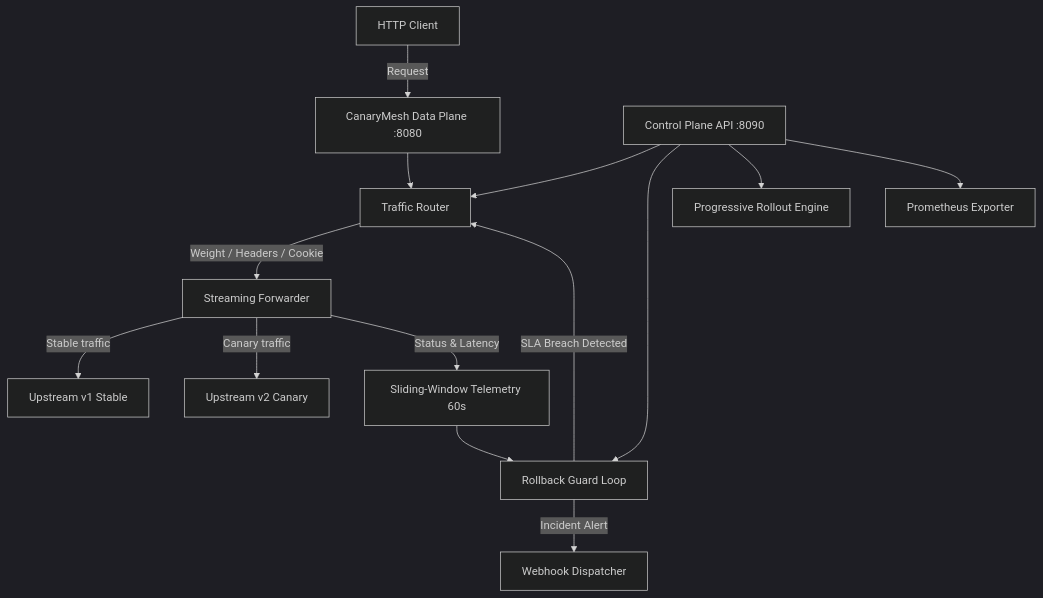
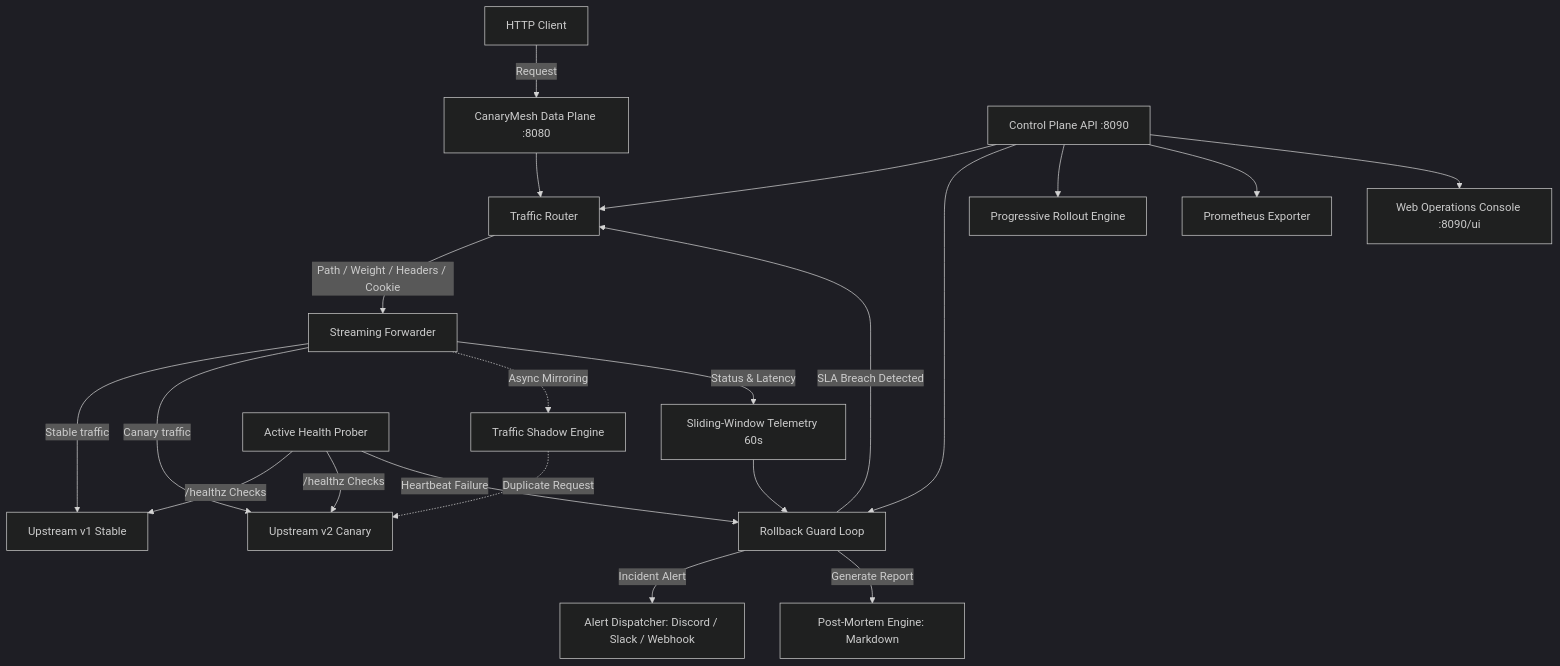
Before and after one commit to alexandrmotologa/canarymesh: the diagram in docs/architecture.md, drawn with Mermaid (dark theme). The commit also changed other lines of this file and 22 other files, not shown here.

Commit message:
feat: integrate web operations console, dark launching, active health prober, and dynamic path routing

````diff
--- a/docs/architecture.md
+++ b/docs/architecture.md
@@ -5,18 +5,25 @@
 ```mermaid
 graph TD
     Client[HTTP Client] -->|Request| Proxy[CanaryMesh Data Plane :8080]
     Proxy --> Router[Traffic Router]
-    Router -->|Weight / Headers / Cookie| Forwarder[Streaming Forwarder]
+    Router -->|Path / Weight / Headers / Cookie| Forwarder[Streaming Forwarder]
     Forwarder -->|Stable traffic| Stable[Upstream v1 Stable]
     Forwarder -->|Canary traffic| Canary[Upstream v2 Canary]
+    Forwarder -.->|Async Mirroring| Shadow[Traffic Shadow Engine]
+    Shadow -.->|Duplicate Request| Canary
     
     Forwarder -->|Status & Latency| Telemetry[Sliding-Window Telemetry 60s]
     Telemetry --> Guard[Rollback Guard Loop]
+    Prober[Active Health Prober] -->|/healthz Checks| Stable
+    Prober -->|/healthz Checks| Canary
+    Prober -->|Heartbeat Failure| Guard
     Guard -->|SLA Breach Detected| Router
-    Guard -->|Incident Alert| Webhook[Webhook Dispatcher]
+    Guard -->|Incident Alert| Webhook[Alert Dispatcher: Discord / Slack / Webhook]
+    Guard -->|Generate Report| PostMortem[Post-Mortem Engine: Markdown]
     
     API[Control Plane API :8090] --> Router
     API --> Guard
     API --> Rollout[Progressive Rollout Engine]
     API --> Metrics[Prometheus Exporter]
+    API --> WebUI[Web Operations Console :8090/ui]
 ```
````
